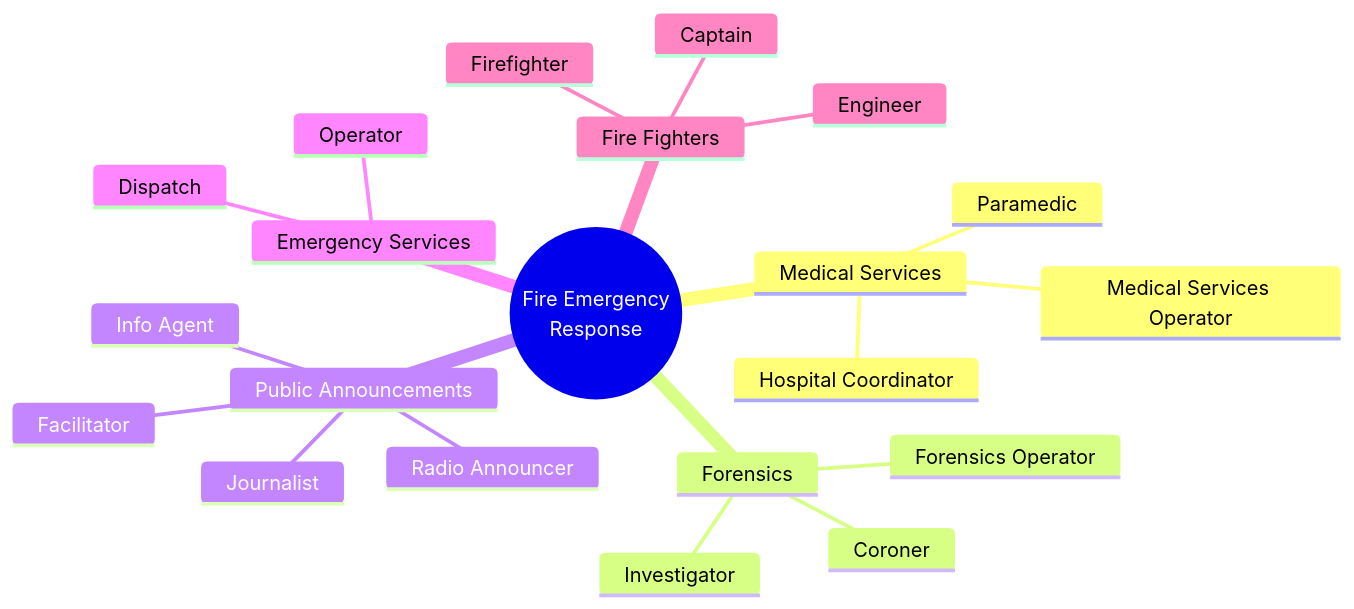
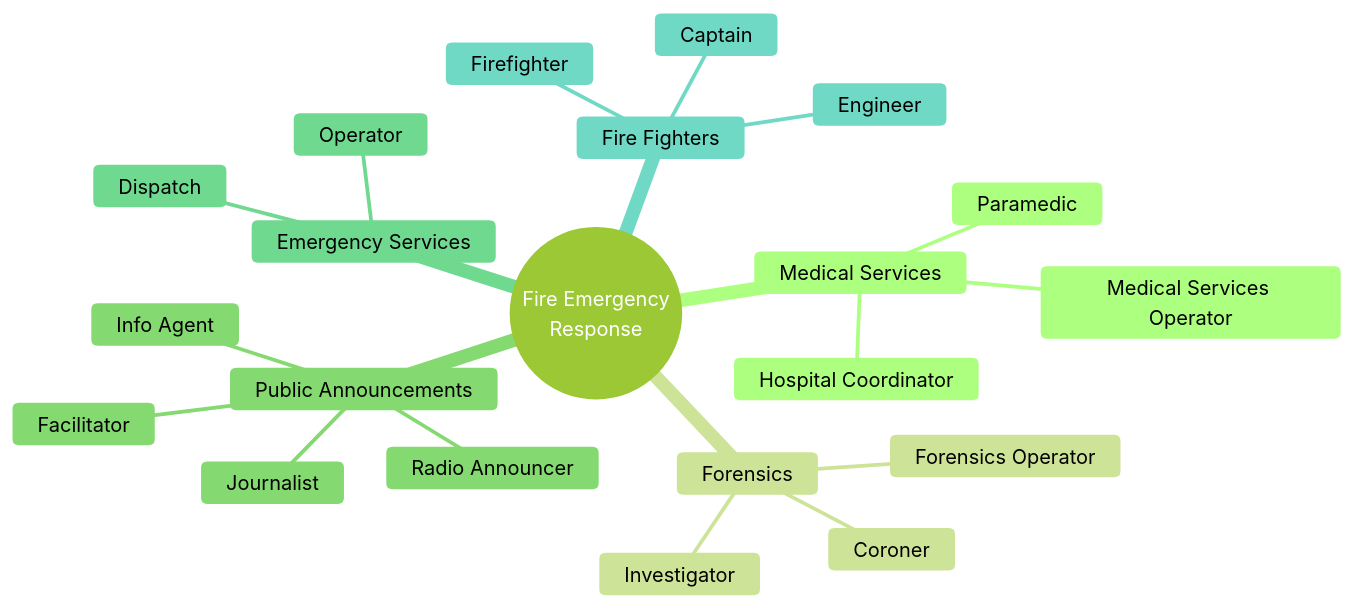
The diagram in practical/reports/figures/crew_diagram.mmd (ZachParent/mai-multi-agent-systems), drawn with Mermaid before and after one commit. The commit also changed 1 other file, not shown here.

Commit message:
update theme for crew_diagram.mmd

```diff
--- a/practical/reports/figures/crew_diagram.mmd
+++ b/practical/reports/figures/crew_diagram.mmd
@@ -1,22 +1,23 @@
+%%{init: {'theme':'forest'}}%%
 mindmap
     root((Fire Emergency<br/>Response))
         Medical Services
             Medical Services Operator
             Hospital Coordinator
             Paramedic
         Forensics
             Forensics Operator
             Coroner
             Investigator
         Public Announcements
             Facilitator
             Info Agent
             Journalist
             Radio Announcer
         Emergency Services
             Dispatch
             Operator
         Fire Fighters
             Captain
             Engineer
             Firefighter
```
